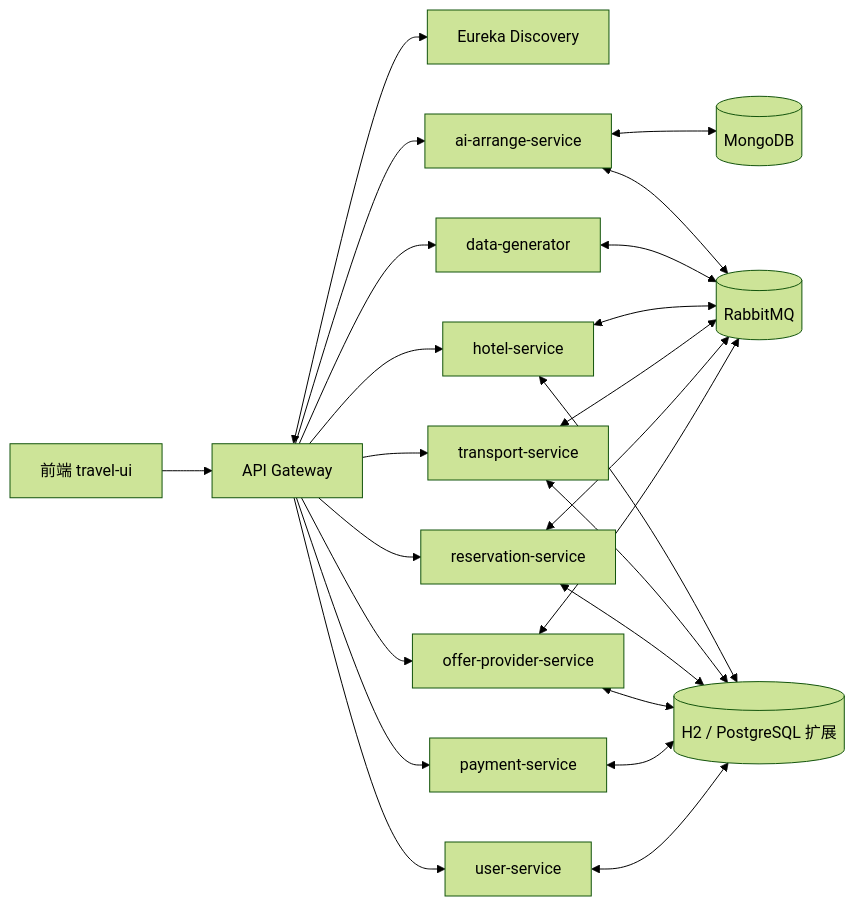
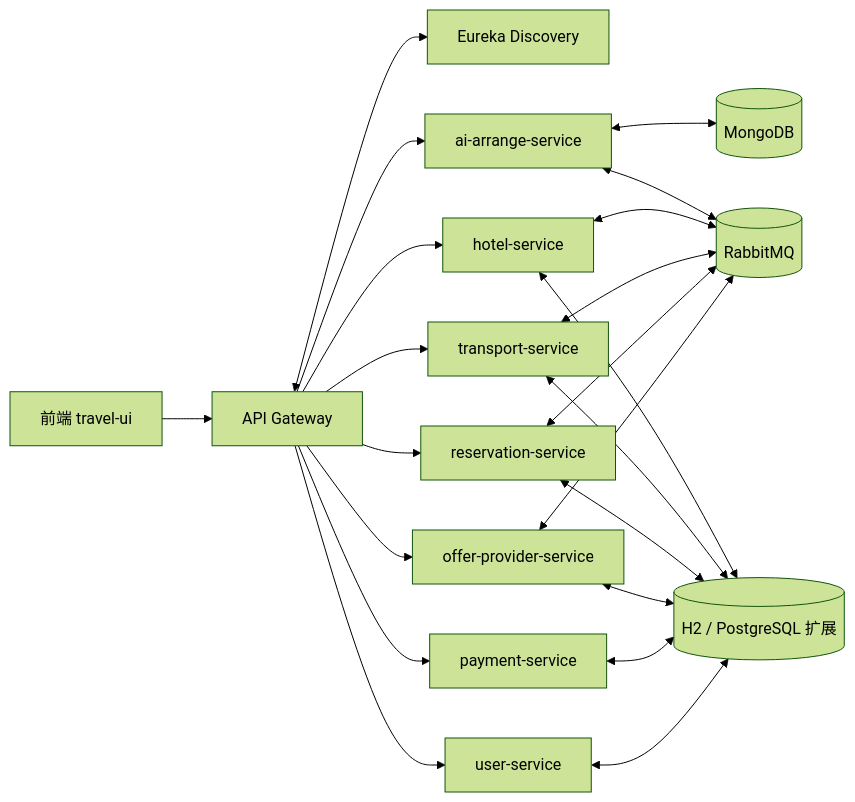
The diagram in travel-api/交付软件概要设计说明书.md (QzlabQ/TravelOn), drawn with Mermaid (forest theme) before and after one commit. The commit also changed other lines of this file and 255 other files, not shown here.

Commit message:
refactor: restructure and clean up database schema and seed data

````diff
--- a/travel-api/交付软件概要设计说明书.md
+++ b/travel-api/交付软件概要设计说明书.md
@@ -114,42 +113,39 @@
 ```mermaid
 flowchart LR
 	UI[前端 travel-ui]
 	GW[API Gateway]
 	EU[Eureka Discovery]
 	AI[ai-arrange-service]
 	OF[offer-provider-service]
 	HO[hotel-service]
 	TR[transport-service]
 	RE[reservation-service]
 	PA[payment-service]
 	US[user-service]
-	DG[data-generator]
 	MQ[(RabbitMQ)]
 	MO[(MongoDB)]
 	DB[(H2 / PostgreSQL 扩展)]
 
 	UI --> GW
 	GW <--> EU
 	GW --> AI
 	GW --> OF
 	GW --> HO
 	GW --> TR
 	GW --> RE
 	GW --> PA
 	GW --> US
-	GW --> DG
 
 	AI <--> MO
 	AI <--> MQ
 	HO <--> DB
 	TR <--> DB
 	RE <--> DB
 	OF <--> DB
 	PA <--> DB
 	US <--> DB
-	DG <--> MQ
 	HO <--> MQ
 	TR <--> MQ
 	RE <--> MQ
 	OF <--> MQ
 ```
````
